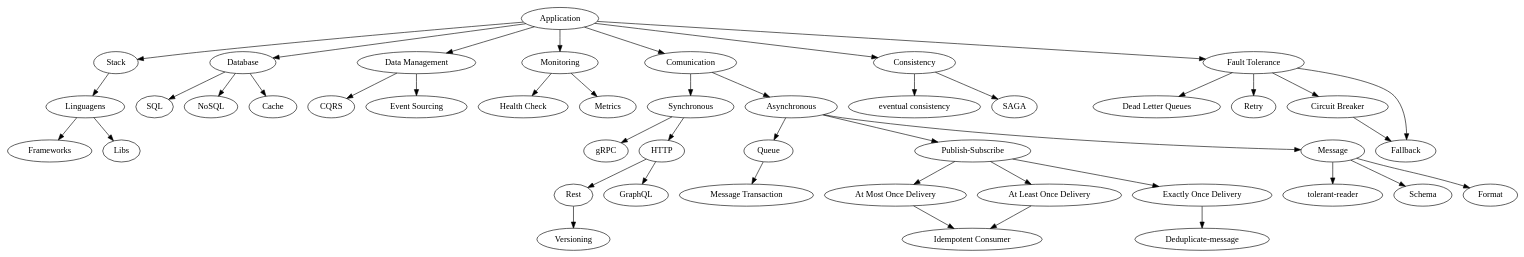
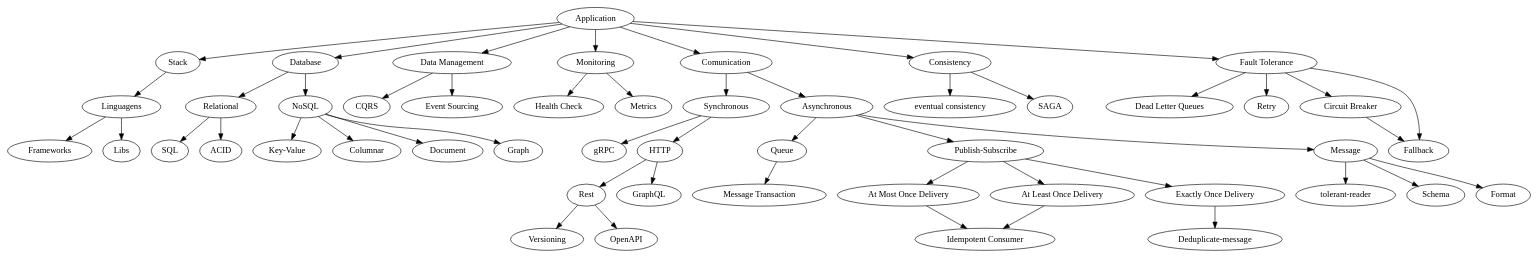
The diagram in images/microservices-application-roadmap.gv (emmanuelneri/microservices-roadmap), drawn with Graphviz before and after one commit. The commit also changed 4 other files, not shown here.

```diff
--- a/images/microservices-application-roadmap.gv
+++ b/images/microservices-application-roadmap.gv
@@ -1,90 +1,102 @@
 // Microservices Application Roadmap
 digraph {
 	application [label=Application]
 	application -> stack
 	application -> db
 	application -> "data-management"
 	application -> monitoring
 	application -> comunication
 	application -> consistency
 	stack [label=Stack]
 	linguagens [label=Linguagens]
 	framework [label=Frameworks]
 	lib [label=Libs]
 	stack -> linguagens
 	linguagens -> framework
 	linguagens -> lib
 	db [label=Database]
+	db -> relational
+	db -> nosql
+	nosql [label=NoSQL]
+	"key-value" [label="Key-Value"]
+	columnar [label=Columnar]
+	document [label=Document]
+	"graph" [label="Graph"]
+	nosql -> "key-value"
+	nosql -> columnar
+	nosql -> document
+	nosql -> "graph"
+	relational [label=Relational]
 	sql [label=SQL]
-	nosql [label=NoSQL]
-	cache [label=Cache]
-	db -> sql
-	db -> nosql
-	db -> cache
+	acid [label=ACID]
+	relational -> sql
+	relational -> acid
 	"data-management" [label="Data Management"]
 	cqrs [label=CQRS]
 	"event-sourcing" [label="Event Sourcing"]
 	"data-management" -> cqrs
 	"data-management" -> "event-sourcing"
 	monitoring [label=Monitoring]
 	"health-check" [label="Health Check"]
 	"app-metrics" [label=Metrics]
 	monitoring -> "health-check"
 	monitoring -> "app-metrics"
 	comunication [label=Comunication]
 	synchronous [label=Synchronous]
 	asynchronous [label=Asynchronous]
 	comunication -> synchronous
 	comunication -> asynchronous
 	grpc [label=gRPC]
 	http [label=HTTP]
 	synchronous -> http
 	synchronous -> grpc
 	rest [label=Rest]
 	graphql [label=GraphQL]
 	http -> rest
 	http -> graphql
 	versioning [label=Versioning]
+	"open-api" [label=OpenAPI]
 	rest -> versioning
+	rest -> "open-api"
 	queue [label=Queue]
 	"pub-sub" [label="Publish-Subscribe"]
 	asynchronous -> queue
 	asynchronous -> "pub-sub"
 	asynchronous -> messages
 	"queue-transaction" [label="Message Transaction"]
 	queue -> "queue-transaction"
 	"at-most-once-delivery" [label="At Most Once Delivery"]
 	"at-least-once-delivery" [label="At Least Once Delivery"]
 	"exactly-once-delivery" [label="Exactly Once Delivery"]
 	"pub-sub" -> "at-most-once-delivery"
 	"pub-sub" -> "at-least-once-delivery"
 	"pub-sub" -> "exactly-once-delivery"
 	deduplicate [label="Deduplicate-message"]
 	idempotent [label="Idempotent Consumer"]
 	"at-most-once-delivery" -> idempotent
 	"at-least-once-delivery" -> idempotent
 	"exactly-once-delivery" -> deduplicate
 	messages [label=Message]
 	"tolerant-reader" [label="tolerant-reader"]
 	schema [label=Schema]
 	"message-format" [label=Format]
 	messages -> "tolerant-reader"
 	messages -> schema
 	messages -> "message-format"
 	application -> "fault-tolerance"
 	"fault-tolerance" [label="Fault Tolerance"]
 	dlq [label="Dead Letter Queues"]
 	retry [label=Retry]
 	"app-circuit-breaker" [label="Circuit Breaker"]
 	fallback [label=Fallback]
 	consistency [label=Consistency]
 	"eventual-consistency" [label="eventual consistency"]
 	saga [label=SAGA]
 	consistency -> "eventual-consistency"
 	consistency -> saga
 	"fault-tolerance" -> dlq
 	"fault-tolerance" -> retry
 	"fault-tolerance" -> "app-circuit-breaker"
 	"fault-tolerance" -> fallback
 	"app-circuit-breaker" -> fallback
 }
```
